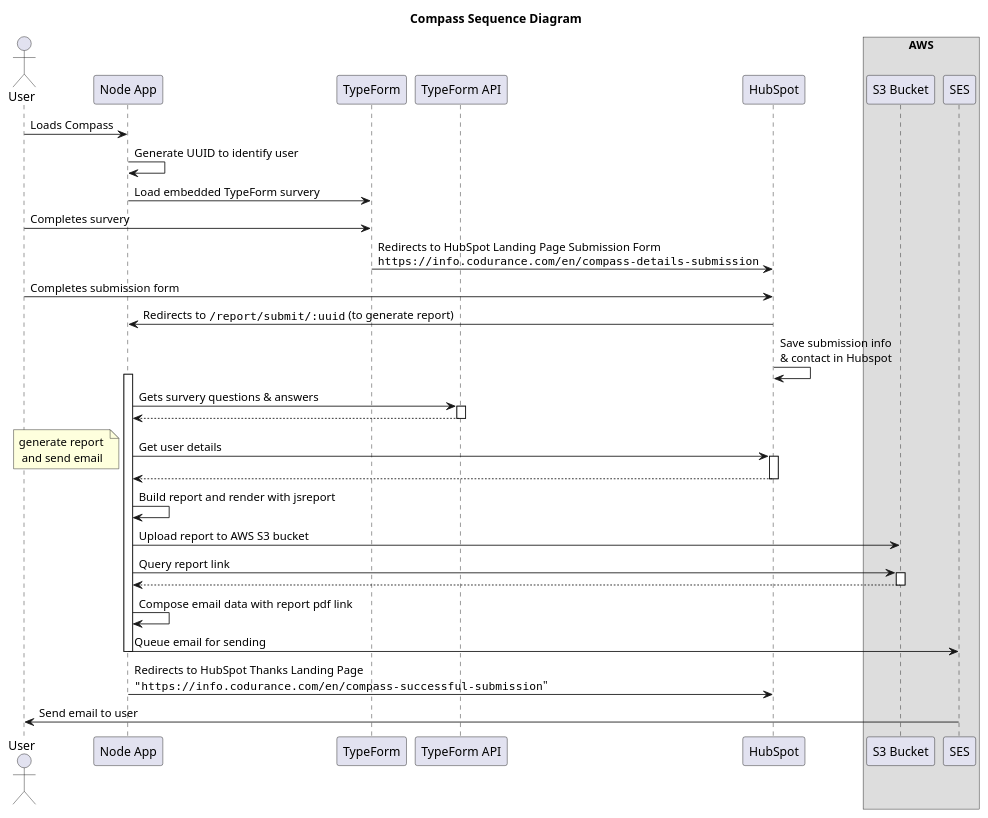
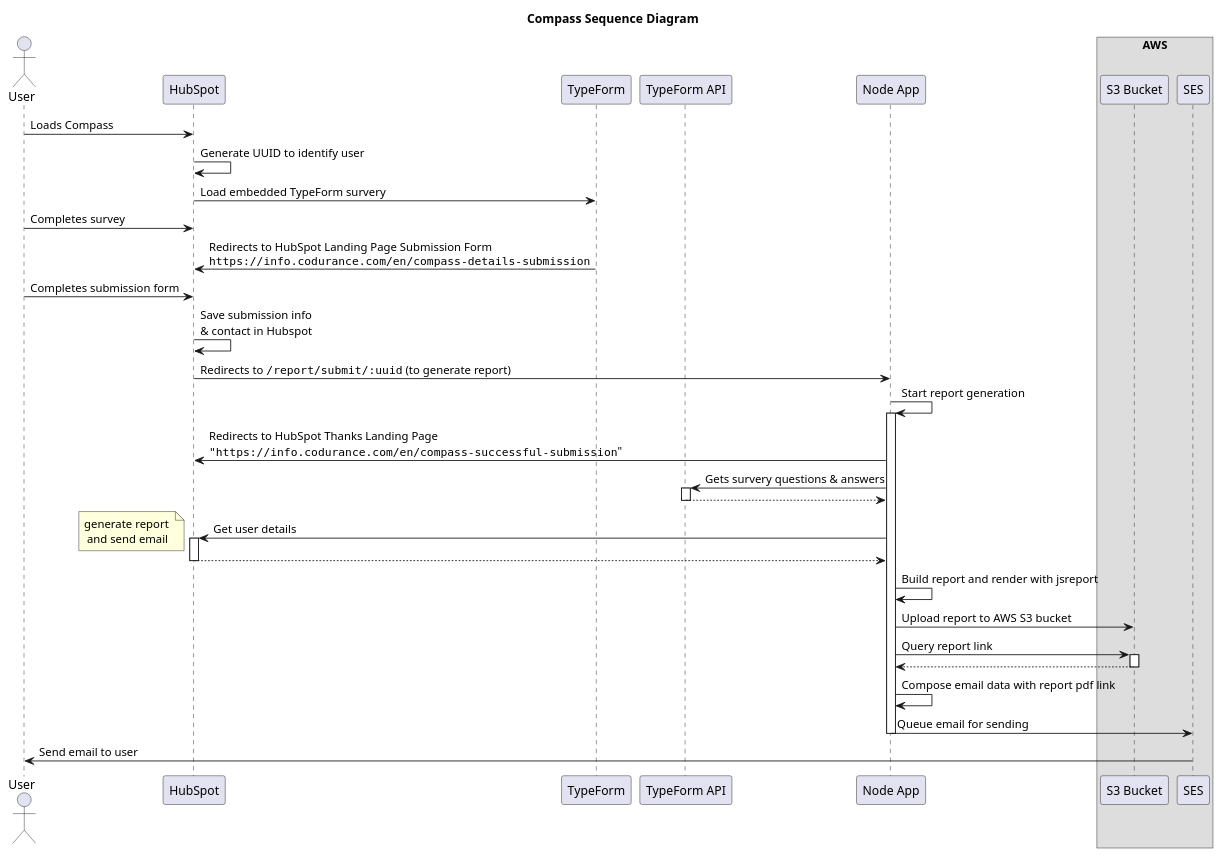
The diagram in docs/diagrams/src/sequence-diagram.puml (codurance/soft-mod-compass), drawn with PlantUML before and after one commit. The commit also changed 266 other files, not shown here.

First line of the commit message:
WIP: Migrate compass to hubspot (#30)

```diff
--- a/docs/diagrams/src/sequence-diagram.puml
+++ b/docs/diagrams/src/sequence-diagram.puml
@@ -1,43 +1,44 @@
 @startuml
 skinparam BoxPadding 10
 title Compass Sequence Diagram
 
 actor "User"
-participant "Node App" as NodeApp
+participant "HubSpot"
 participant "TypeForm" as TypeForm
 participant "TypeForm API" as TypeFormApi
-participant "HubSpot"
+participant "Node App" as NodeApp
 box AWS
 participant "S3 Bucket" as s3
 participant "SES"
 end box
-User -> NodeApp: Loads Compass
-NodeApp -> NodeApp: Generate UUID to identify user
-NodeApp -> TypeForm: Load embedded TypeForm survery
-User -> TypeForm: Completes survery
+User -> HubSpot: Loads Compass
+HubSpot -> HubSpot: Generate UUID to identify user
+HubSpot -> TypeForm: Load embedded TypeForm survery
+User -> HubSpot: Completes survey
 TypeForm -> HubSpot: Redirects to HubSpot Landing Page Submission Form\n""https://info.codurance.com/en/compass-details-submission""
 User -> HubSpot: Completes submission form
+HubSpot -> HubSpot: Save submission info \n& contact in Hubspot
 NodeApp <- HubSpot: Redirects to ""/report/submit/:uuid"" (to generate report)
-HubSpot -> HubSpot: Save submission info \n& contact in Hubspot
+NodeApp -> NodeApp: Start report generation
 activate NodeApp
+NodeApp -> HubSpot: Redirects to HubSpot Thanks Landing Page\n"""https://info.codurance.com/en/compass-successful-submission"""
 NodeApp -> TypeFormApi: Gets survery questions & answers
 activate TypeFormApi
 NodeApp <--TypeFormApi
 deactivate TypeFormApi
 NodeApp -> HubSpot: Get user details
-note left: generate report \n and send email 
+note left: generate report \n and send email
 activate HubSpot
 NodeApp <-- HubSpot
 deactivate HubSpot
 NodeApp -> NodeApp: Build report and render with jsreport
 NodeApp -> s3: Upload report to AWS S3 bucket
 NodeApp -> s3: Query report link
 activate s3
 NodeApp <-- s3:
 deactivate s3
 NodeApp -> NodeApp: Compose email data with report pdf link
 NodeApp -> SES: Queue email for sending
 deactivate NodeApp
-NodeApp -> HubSpot: Redirects to HubSpot Thanks Landing Page\n"""https://info.codurance.com/en/compass-successful-submission"""
 SES -> User: Send email to user
 @enduml
```
